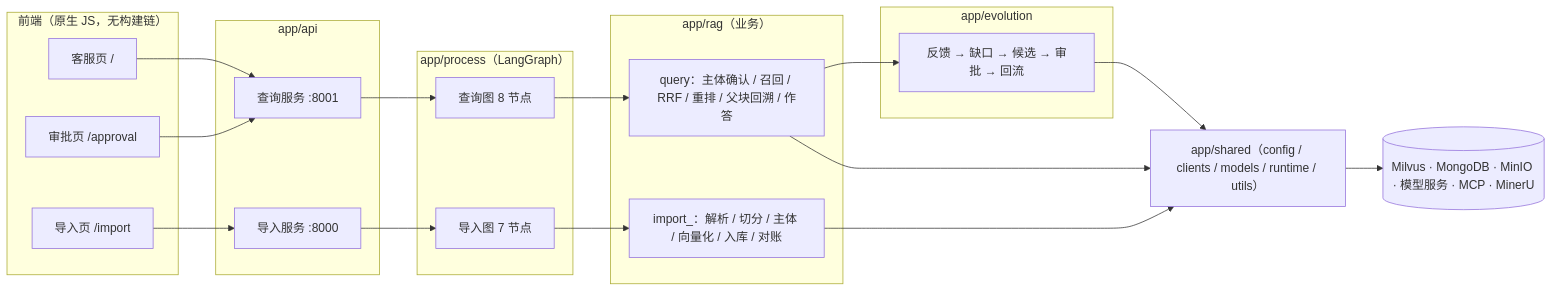
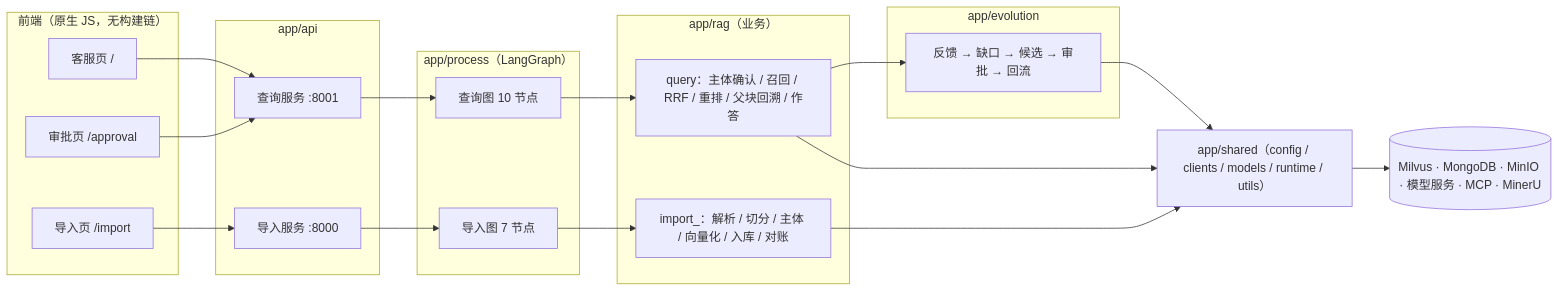
One commit to LZX842056112/se_rag changed the diagram in README.md. Above: the diagram before and after it, drawn with Mermaid. The commit also changed other lines of this file and 19 other files, not shown here.

First line of the commit message:
客服页新增闲聊功能：入口意图识别分流 RAG 与闲聊

````diff
--- a/README.md
+++ b/README.md
@@ -60,34 +61,34 @@
 ```mermaid
 flowchart LR
     subgraph FE["前端（原生 JS，无构建链）"]
         UI1["客服页 /"]
         UI2["审批页 /approval"]
         UI3["导入页 /import"]
     end
     subgraph API["app/api"]
         QS["查询服务 :8001"]
         IS["导入服务 :8000"]
     end
     subgraph PROC["app/process（LangGraph）"]
-        QG["查询图 8 节点"]
+        QG["查询图 10 节点"]
         IG["导入图 7 节点"]
     end
     subgraph RAG["app/rag（业务）"]
         RQ["query：主体确认 / 召回 / RRF / 重排 / 父块回溯 / 作答"]
         RI["import_：解析 / 切分 / 主体 / 向量化 / 入库 / 对账"]
     end
     subgraph EVO["app/evolution"]
         LOOP["反馈 → 缺口 → 候选 → 审批 → 回流"]
     end
     SH["app/shared（config / clients / models / runtime / utils）"]
     EXT[("Milvus · MongoDB · MinIO · 模型服务 · MCP · MinerU")]
     UI1 --> QS
     UI2 --> QS
     UI3 --> IS
     QS --> QG --> RQ --> LOOP
     IS --> IG --> RI
     RQ --> SH
     RI --> SH
     LOOP --> SH
     SH --> EXT
 ```
````
